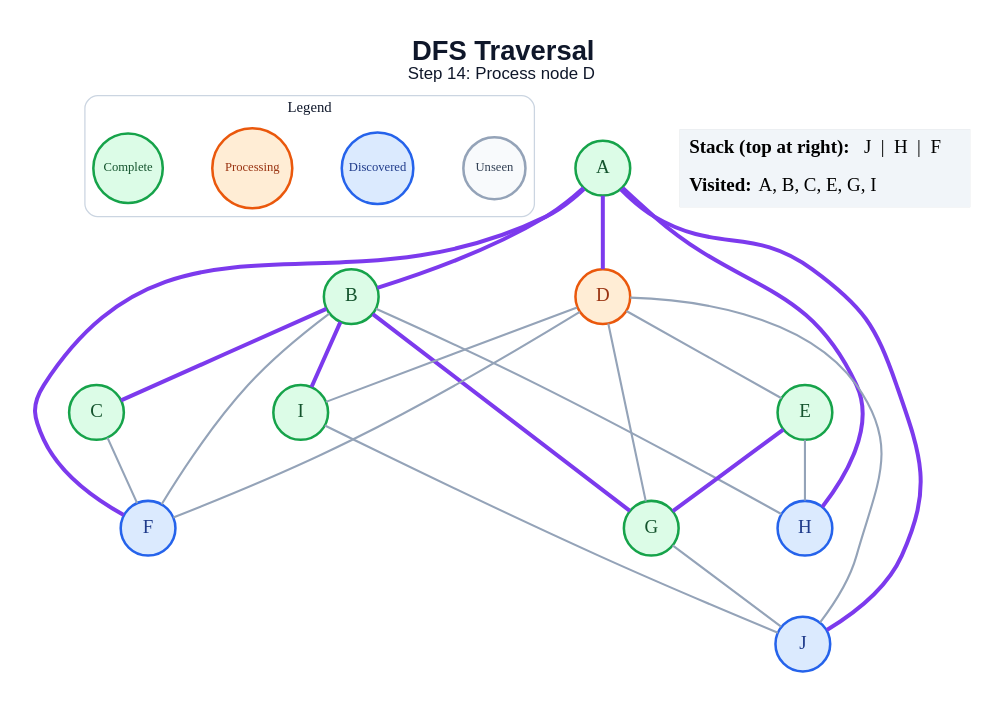
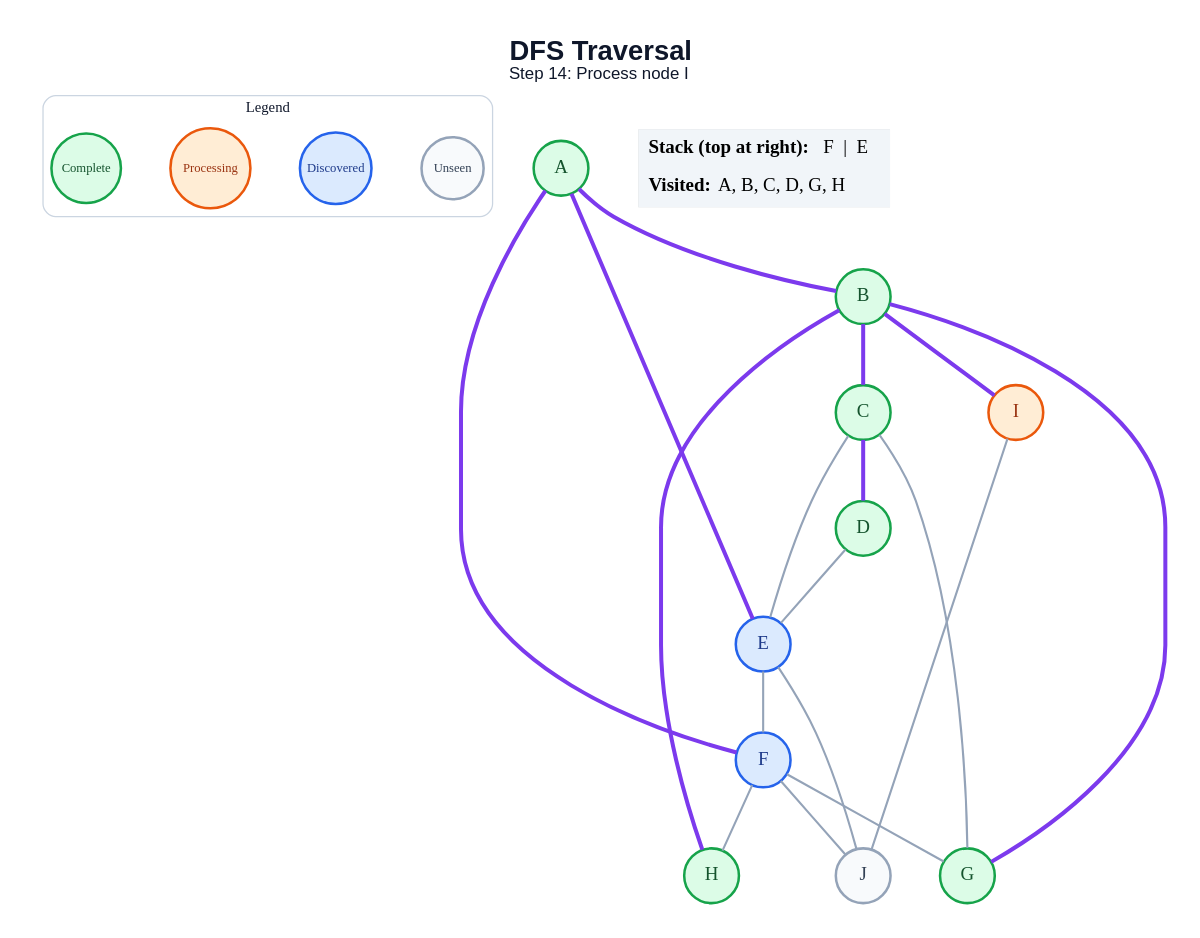
One commit to amanghodawala9/ai-slop changed the diagram in generated/dfs/step_14.dot. Above: the diagram before and after it, drawn with Graphviz. The commit also changed 178 other files, not shown here.

```diff
--- a/generated/dfs/step_14.dot
+++ b/generated/dfs/step_14.dot
@@ -1,49 +1,46 @@
 graph traversal {
   graph [layout=dot, rankdir=TB, bgcolor="#FFFFFF", pad="0.35", nodesep="0.65", ranksep="0.8", fontname="Arial"];
   node [shape=circle, style="filled", fontname="Arial Bold", fontsize=18, width=0.72, fixedsize=true, penwidth=2.4];
   edge [color="#94A3B8", penwidth=2.0];
-  label=<<B>DFS Traversal</B><BR/><FONT POINT-SIZE="16">Step 14: Process node D</FONT>>; labelloc="t"; fontsize=26; fontname="Arial"; fontcolor="#0F172A";
+  label=<<B>DFS Traversal</B><BR/><FONT POINT-SIZE="16">Step 14: Process node I</FONT>>; labelloc="t"; fontsize=26; fontname="Arial"; fontcolor="#0F172A";
   subgraph cluster_legend { label="Legend"; color="#CBD5E1"; penwidth=1.2; style="rounded"; fontsize=14; fontname="Arial Bold";
     key_unseen [label="Unseen", fillcolor="#F8FAFC", color="#94A3B8", fontcolor="#334155", fontsize=12, width=0.82];
     key_frontier [label="Discovered", fillcolor="#DBEAFE", color="#2563EB", fontcolor="#1E3A8A", fontsize=12, width=0.95];
     key_current [label="Processing", fillcolor="#FFEDD5", color="#EA580C", fontcolor="#9A3412", fontsize=12, width=1.05];
     key_done [label="Complete", fillcolor="#DCFCE7", color="#16A34A", fontcolor="#14532D", fontsize=12, width=0.92];
     { rank=same; key_unseen; key_frontier; key_current; key_done; }
   }
   A [fillcolor="#DCFCE7", color="#16A34A", fontcolor="#14532D"];
   B [fillcolor="#DCFCE7", color="#16A34A", fontcolor="#14532D"];
   C [fillcolor="#DCFCE7", color="#16A34A", fontcolor="#14532D"];
-  D [fillcolor="#FFEDD5", color="#EA580C", fontcolor="#9A3412"];
-  E [fillcolor="#DCFCE7", color="#16A34A", fontcolor="#14532D"];
+  D [fillcolor="#DCFCE7", color="#16A34A", fontcolor="#14532D"];
+  E [fillcolor="#DBEAFE", color="#2563EB", fontcolor="#1E3A8A"];
   F [fillcolor="#DBEAFE", color="#2563EB", fontcolor="#1E3A8A"];
   G [fillcolor="#DCFCE7", color="#16A34A", fontcolor="#14532D"];
-  H [fillcolor="#DBEAFE", color="#2563EB", fontcolor="#1E3A8A"];
-  I [fillcolor="#DCFCE7", color="#16A34A", fontcolor="#14532D"];
-  J [fillcolor="#DBEAFE", color="#2563EB", fontcolor="#1E3A8A"];
+  H [fillcolor="#DCFCE7", color="#16A34A", fontcolor="#14532D"];
+  I [fillcolor="#FFEDD5", color="#EA580C", fontcolor="#9A3412"];
+  J [fillcolor="#F8FAFC", color="#94A3B8", fontcolor="#334155"];
   A -- B [color="#7C3AED", penwidth=3.8];
-  A -- D [color="#7C3AED", penwidth=3.8];
+  A -- E [color="#7C3AED", penwidth=3.8];
   A -- F [color="#7C3AED", penwidth=3.8];
-  A -- H [color="#7C3AED", penwidth=3.8];
-  A -- J [color="#7C3AED", penwidth=3.8];
   B -- C [color="#7C3AED", penwidth=3.8];
-  B -- F;
   B -- G [color="#7C3AED", penwidth=3.8];
-  B -- H;
+  B -- H [color="#7C3AED", penwidth=3.8];
   B -- I [color="#7C3AED", penwidth=3.8];
-  C -- F;
+  C -- D [color="#7C3AED", penwidth=3.8];
+  C -- E;
+  C -- G;
   D -- E;
-  D -- F;
-  D -- G;
-  D -- I;
-  D -- J;
-  E -- G [color="#7C3AED", penwidth=3.8];
-  E -- H;
-  G -- J;
+  E -- F;
+  E -- J;
+  F -- G;
+  F -- H;
+  F -- J;
   I -- J;
   status [shape=plain, fixedsize=false, width=0, height=0, margin=0, label=<
     <TABLE BORDER="0" CELLBORDER="0" CELLPADDING="7" BGCOLOR="#F1F5F9">
-      <TR><TD ALIGN="LEFT"><B>Stack (top at right):</B> J  |  H  |  F</TD></TR>
-      <TR><TD ALIGN="LEFT"><B>Visited:</B> A, B, C, E, G, I</TD></TR>
+      <TR><TD ALIGN="LEFT"><B>Stack (top at right):</B> F  |  E</TD></TR>
+      <TR><TD ALIGN="LEFT"><B>Visited:</B> A, B, C, D, G, H</TD></TR>
     </TABLE>
   >];
 }
```
